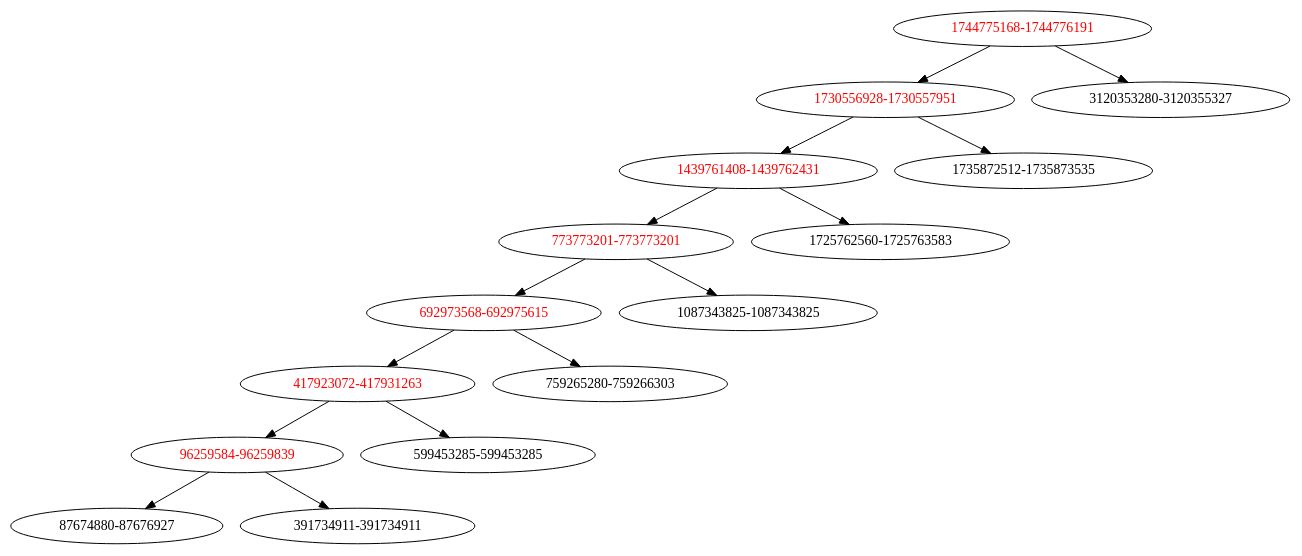
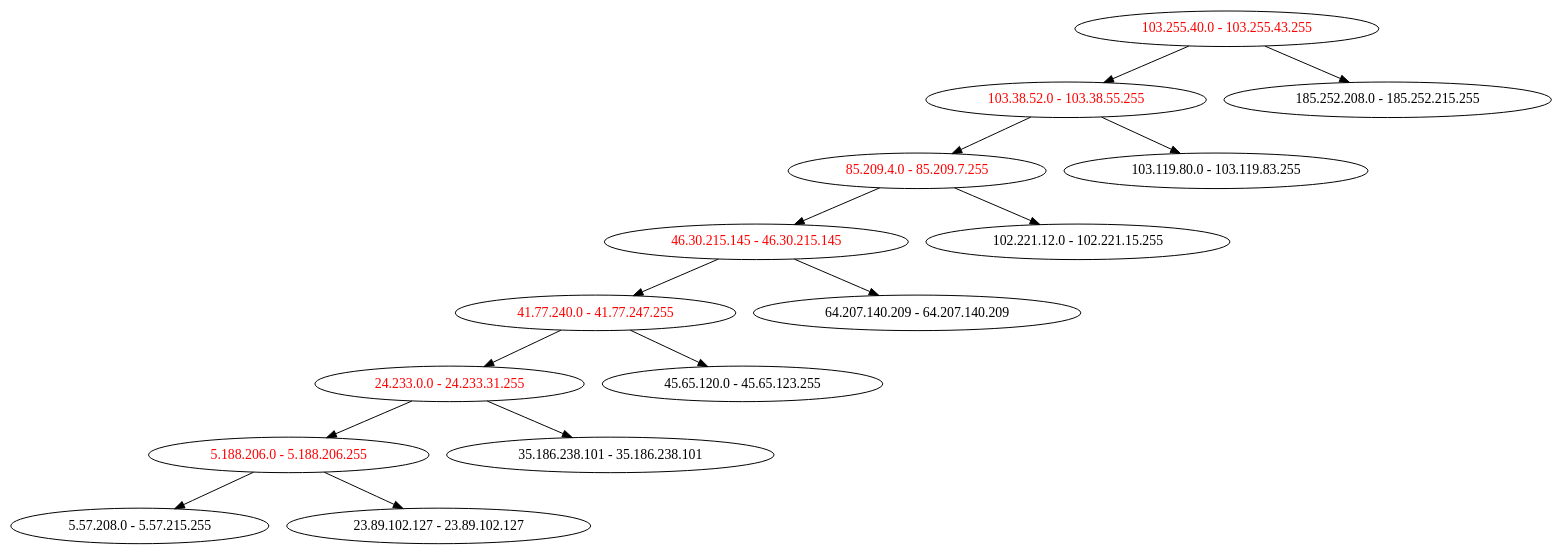
One commit to dmathieu/itree changed the diagram in examples/firehol/firehol.gv. Above: the diagram before and after it, drawn with Graphviz. The commit also changed 3 other files, not shown here.

```diff
--- a/examples/firehol/firehol.gv
+++ b/examples/firehol/firehol.gv
@@ -1,86 +1,86 @@
 digraph "" {
-	graph [bb="0,0,1112.3,540"];
+	graph [bb="0,0,1330.6,540"];
 	node [fontcolor=black,
 		label="\N"
 	];
-	"1744775168-1744776191"	 [fontcolor=red,
+	"103.255.40.0 - 103.255.43.255"	 [fontcolor=red,
 		height=0.5,
-		pos="881.51,522",
-		width=3.0784];
-	"1730556928-1730557951"	 [fontcolor=red,
+		pos="1051.8,522",
+		width=3.6149];
+	"103.38.52.0 - 103.38.55.255"	 [fontcolor=red,
 		height=0.5,
-		pos="761.51,450",
-		width=3.0784];
-	"1744775168-1744776191" -> "1730556928-1730557951" [key=links,
-	pos="e,790.7,467.52 852.46,504.57 836.51,495 816.54,483.02 799.38,472.73"];
-"3120353280-3120355327" [height=0.5,
-	pos="1001.5,450",
-	width=3.0784];
-"1744775168-1744776191" -> "3120353280-3120355327" [key=links,
-pos="e,972.31,467.52 910.56,504.57 926.5,495 946.47,483.02 963.63,472.73"];
-"1439761408-1439762431" [fontcolor=red,
+		pos="912.82,450",
+		width=3.3466];
+	"103.255.40.0 - 103.255.43.255" -> "103.38.52.0 - 103.38.55.255" [key=links,
+	pos="e,946.64,467.52 1018.2,504.57 999.36,494.83 975.72,482.58 955.61,472.16"];
+"185.252.208.0 - 185.252.215.255" [height=0.5,
+	pos="1190.8,450",
+	width=3.8831];
+"103.255.40.0 - 103.255.43.255" -> "185.252.208.0 - 185.252.215.255" [key=links,
+pos="e,1157,467.52 1085.5,504.57 1104.3,494.83 1127.9,482.58 1148,472.16"];
+"85.209.4.0 - 85.209.7.255" [fontcolor=red,
 height=0.5,
-pos="641.51,378",
+pos="783.82,378",
 width=3.0784];
-"1730556928-1730557951" -> "1439761408-1439762431" [key=links,
-pos="e,670.7,395.52 732.46,432.57 716.51,423 696.54,411.02 679.38,400.73"];
-"1735872512-1735873535" [height=0.5,
-pos="881.51,378",
+"103.38.52.0 - 103.38.55.255" -> "85.209.4.0 - 85.209.7.255" [key=links,
+pos="e,815.21,395.52 881.59,432.57 864.29,422.91 842.59,410.8 824.03,400.44"];
+"103.119.80.0 - 103.119.83.255" [height=0.5,
+pos="1042.8,378",
+width=3.6149];
+"103.38.52.0 - 103.38.55.255" -> "103.119.80.0 - 103.119.83.255" [key=links,
+pos="e,1011.2,395.52 944.29,432.57 961.73,422.91 983.59,410.8 1002.3,400.44"];
+"46.30.215.145 - 46.30.215.145" [fontcolor=red,
+height=0.5,
+pos="644.82,306",
+width=3.6149];
+"85.209.4.0 - 85.209.7.255" -> "46.30.215.145 - 46.30.215.145" [key=links,
+pos="e,678.81,323.61 750.53,360.75 731.72,351.01 708.01,338.73 687.81,328.27"];
+"102.221.12.0 - 102.221.15.255" [height=0.5,
+pos="922.82,306",
+width=3.6149];
+"85.209.4.0 - 85.209.7.255" -> "102.221.12.0 - 102.221.15.255" [key=links,
+pos="e,888.83,323.61 817.11,360.75 835.92,351.01 859.63,338.73 879.83,328.27"];
+"41.77.240.0 - 41.77.247.255" [fontcolor=red,
+height=0.5,
+pos="505.82,234",
+width=3.3466];
+"46.30.215.145 - 46.30.215.145" -> "41.77.240.0 - 41.77.247.255" [key=links,
+pos="e,539.64,251.52 611.17,288.57 592.36,278.83 568.72,266.58 548.61,256.16"];
+"64.207.140.209 - 64.207.140.209" [height=0.5,
+pos="783.82,234",
+width=3.8831];
+"46.30.215.145 - 46.30.215.145" -> "64.207.140.209 - 64.207.140.209" [key=links,
+pos="e,750,251.52 678.47,288.57 697.28,278.83 720.92,266.58 741.04,256.16"];
+"24.233.0.0 - 24.233.31.255" [fontcolor=red,
+height=0.5,
+pos="378.82,162",
+width=3.2125];
+"41.77.240.0 - 41.77.247.255" -> "24.233.0.0 - 24.233.31.255" [key=links,
+pos="e,409.72,179.52 475.08,216.57 458.2,207 437.07,195.02 418.91,184.73"];
+"45.65.120.0 - 45.65.123.255" [height=0.5,
+pos="632.82,162",
+width=3.3466];
+"41.77.240.0 - 41.77.247.255" -> "45.65.120.0 - 45.65.123.255" [key=links,
+pos="e,601.92,179.52 536.56,216.57 553.44,207 574.57,195.02 592.73,184.73"];
+"5.188.206.0 - 5.188.206.255" [fontcolor=red,
+height=0.5,
+pos="239.82,90",
+width=3.3466];
+"24.233.0.0 - 24.233.31.255" -> "5.188.206.0 - 5.188.206.255" [key=links,
+pos="e,273.32,107.35 345.53,144.75 326.58,134.94 302.66,122.55 282.36,112.04"];
+"35.186.238.101 - 35.186.238.101" [height=0.5,
+pos="517.82,90",
+width=3.8831];
+"24.233.0.0 - 24.233.31.255" -> "35.186.238.101 - 35.186.238.101" [key=links,
+pos="e,483.83,107.61 412.11,144.75 430.92,135.01 454.63,122.73 474.83,112.27"];
+"5.57.208.0 - 5.57.215.255" [height=0.5,
+pos="110.82,18",
 width=3.0784];
-"1730556928-1730557951" -> "1735872512-1735873535" [key=links,
-pos="e,852.31,395.52 790.56,432.57 806.5,423 826.47,411.02 843.63,400.73"];
-"773773201-773773201" [fontcolor=red,
-height=0.5,
-pos="526.51,306",
-width=2.8101];
-"1439761408-1439762431" -> "773773201-773773201" [key=links,
-pos="e,554.49,323.52 613.67,360.57 598.53,351.09 579.6,339.24 563.26,329.01"];
-"1725762560-1725763583" [height=0.5,
-pos="756.51,306",
-width=3.0784];
-"1439761408-1439762431" -> "1725762560-1725763583" [key=links,
-pos="e,728.53,323.52 669.35,360.57 684.49,351.09 703.41,339.24 719.75,329.01"];
-"692973568-692975615" [fontcolor=red,
-height=0.5,
-pos="411.51,234",
-width=2.8101];
-"773773201-773773201" -> "692973568-692975615" [key=links,
-pos="e,439.49,251.52 498.67,288.57 483.53,279.09 464.6,267.24 448.26,257.01"];
-"1087343825-1087343825" [height=0.5,
-pos="641.51,234",
-width=3.0784];
-"773773201-773773201" -> "1087343825-1087343825" [key=links,
-pos="e,613.53,251.52 554.35,288.57 569.49,279.09 588.41,267.24 604.75,257.01"];
-"417923072-417931263" [fontcolor=red,
-height=0.5,
-pos="301.51,162",
-width=2.8101];
-"692973568-692975615" -> "417923072-417931263" [key=links,
-pos="e,328.27,179.52 384.88,216.57 370.39,207.09 352.29,195.24 336.66,185.01"];
-"759265280-759266303" [height=0.5,
-pos="521.51,162",
-width=2.8101];
-"692973568-692975615" -> "759265280-759266303" [key=links,
-pos="e,494.74,179.52 438.13,216.57 452.62,207.09 470.72,195.24 486.35,185.01"];
-"96259584-96259839" [fontcolor=red,
-height=0.5,
-pos="196.51,90",
-width=2.5419];
-"417923072-417931263" -> "96259584-96259839" [key=links,
-pos="e,222.05,107.52 276.09,144.57 262.39,135.18 245.3,123.46 230.48,113.3"];
-"599453285-599453285" [height=0.5,
-pos="407.51,90",
-width=2.8101];
-"417923072-417931263" -> "599453285-599453285" [key=links,
-pos="e,381.72,107.52 327.17,144.57 341,135.18 358.24,123.46 373.21,113.3"];
-"87674880-87676927" [height=0.5,
-pos="91.507,18",
-width=2.5419];
-"96259584-96259839" -> "87674880-87676927" [key=links,
-pos="e,117.05,35.518 171.09,72.571 157.39,63.177 140.3,51.461 125.48,41.295"];
-"391734911-391734911" [height=0.5,
-pos="302.51,18",
-width=2.8101];
-"96259584-96259839" -> "391734911-391734911" [key=links,
-pos="e,276.72,35.518 222.17,72.571 236,63.177 253.24,51.461 268.21,41.295"];
+"5.188.206.0 - 5.188.206.255" -> "5.57.208.0 - 5.57.215.255" [key=links,
+pos="e,142.21,35.518 208.59,72.571 191.29,62.914 169.59,50.802 151.03,40.444"];
+"23.89.102.127 - 23.89.102.127" [height=0.5,
+pos="369.82,18",
+width=3.6149];
+"5.188.206.0 - 5.188.206.255" -> "23.89.102.127 - 23.89.102.127" [key=links,
+pos="e,338.19,35.518 271.29,72.571 288.73,62.914 310.59,50.802 329.3,40.444"];
 }
```
